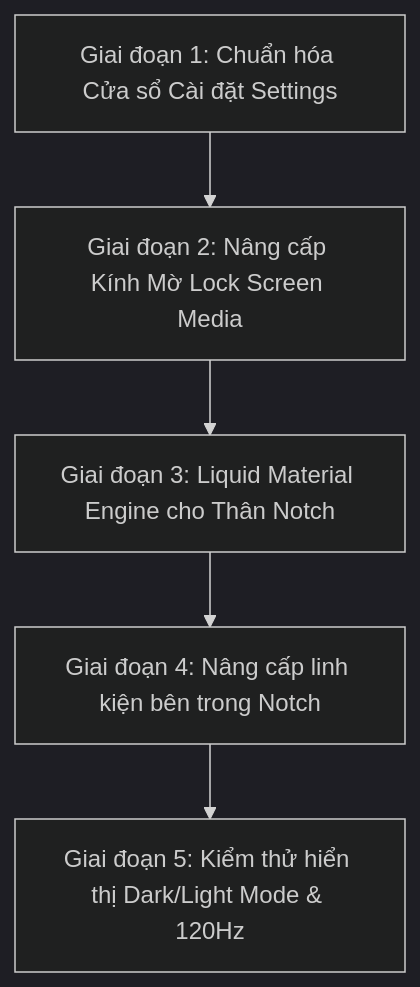
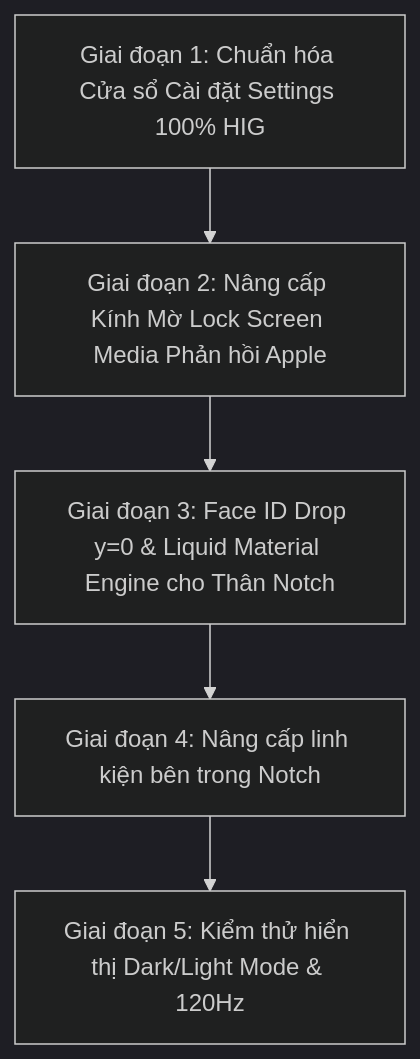
Before and after one commit to HieuKunn/NotchPulse: the diagram in transformation.md, drawn with Mermaid (dark theme). The commit also changed other lines of this file, not shown here.

Commit message:
docs: update transformation blueprint with lessons learned, lock screen media, settings HIG, and face ID y=0 drop specs

````diff
--- a/transformation.md
+++ b/transformation.md
@@ -166,7 +199,7 @@
 ```mermaid
 graph TD
-    P1[Giai đoạn 1: Chuẩn hóa Cửa sổ Cài đặt Settings] --> P2[Giai đoạn 2: Nâng cấp Kính Mờ Lock Screen Media]
-    P2 --> P3[Giai đoạn 3: Liquid Material Engine cho Thân Notch]
+    P1[Giai đoạn 1: Chuẩn hóa Cửa sổ Cài đặt Settings 100% HIG] --> P2[Giai đoạn 2: Nâng cấp Kính Mờ Lock Screen Media Phản hồi Apple]
+    P2 --> P3[Giai đoạn 3: Face ID Drop y=0 & Liquid Material Engine cho Thân Notch]
     P3 --> P4[Giai đoạn 4: Nâng cấp linh kiện bên trong Notch]
     P4 --> P5[Giai đoạn 5: Kiểm thử hiển thị Dark/Light Mode & 120Hz]
 ```
````
